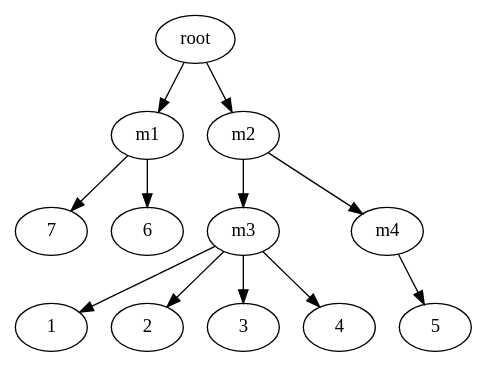
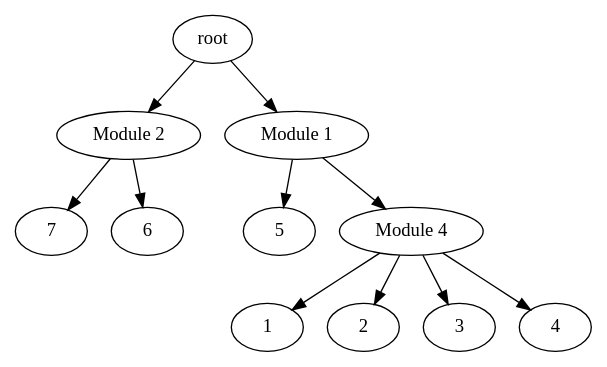
Before and after one commit to MrBoboGet/BachelorThesis: the diagram in Paper/Graph4.dot, drawn with Graphviz. The commit also changed 4 other files, not shown here.

```diff
--- a/Paper/Graph4.dot
+++ b/Paper/Graph4.dot
@@ -1,10 +1,9 @@
 digraph G
 {
-    root -> m1;
-    root -> m2;
-    m2 -> m3;
-    m2 -> m4;
-    m4 -> 5
-    m3 -> {1 2 3 4}
-    m1 -> {7 6}
+    root -> "Module 2";
+    root -> "Module 1";
+    "Module 2" -> {7 6}
+    "Module 1" -> 5
+    "Module 1" -> "Module 4";
+    "Module 4" -> {1 2 3 4}
 }
```
